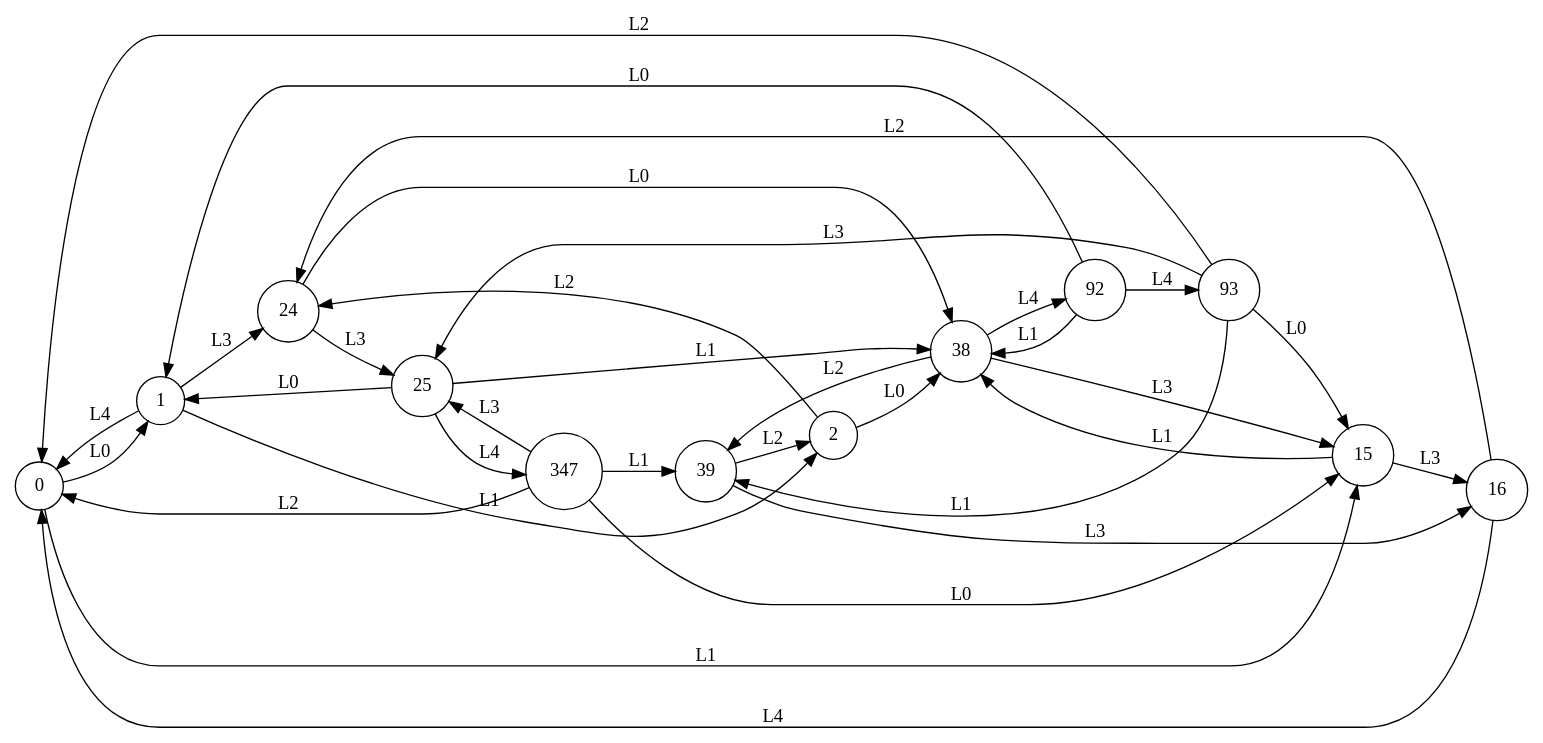
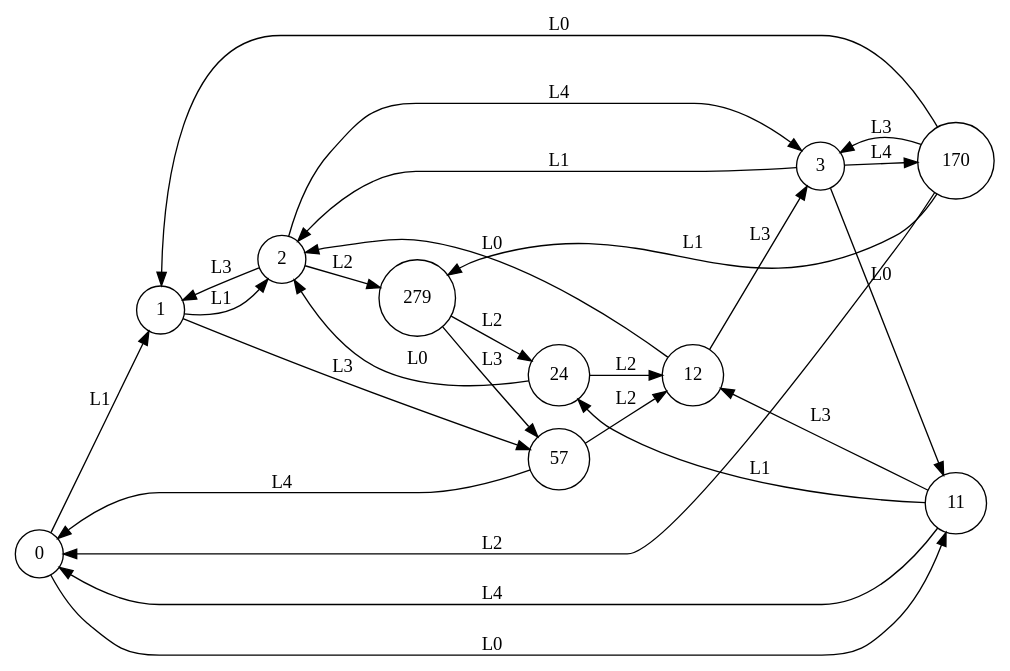
Before and after one commit to k85-ai/KB1: the diagram in learning_E0/learnt-automaton_10_2_5_0~7.dot, drawn with Graphviz. The commit also changed 808 other files, not shown here.

```diff
--- a/learning_E0/learnt-automaton_10_2_5_0~7.dot
+++ b/learning_E0/learnt-automaton_10_2_5_0~7.dot
@@ -1,47 +1,38 @@
 digraph learntMachine {
   rankdir=LR;
   0 [shape=circle, label="0"];
   1 [shape=circle, label="1"];
   2 [shape=circle, label="2"];
-  15 [shape=circle, label="15"];
-  16 [shape=circle, label="16"];
+  3 [shape=circle, label="3"];
+  11 [shape=circle, label="11"];
+  12 [shape=circle, label="12"];
   24 [shape=circle, label="24"];
-  25 [shape=circle, label="25"];
-  38 [shape=circle, label="38"];
-  39 [shape=circle, label="39"];
-  92 [shape=circle, label="92"];
-  93 [shape=circle, label="93"];
-  347 [shape=circle, label="347"];
-  0 -> 1 [label="L0"];
+  57 [shape=circle, label="57"];
+  170 [shape=circle, label="170"];
+  279 [shape=circle, label="279"];
+  0 -> 1 [label="L1"];
   1 -> 2 [label="L1"];
-  2 -> 24 [label="L2"];
-  0 -> 15 [label="L1"];
-  15 -> 16 [label="L3"];
-  16 -> 0 [label="L4"];
-  1 -> 24 [label="L3"];
-  24 -> 25 [label="L3"];
-  25 -> 38 [label="L1"];
-  15 -> 38 [label="L1"];
-  38 -> 39 [label="L2"];
-  39 -> 16 [label="L3"];
-  25 -> 1 [label="L0"];
-  24 -> 38 [label="L0"];
-  38 -> 92 [label="L4"];
-  92 -> 93 [label="L4"];
-  93 -> 0 [label="L2"];
-  1 -> 0 [label="L4"];
-  2 -> 38 [label="L0"];
-  16 -> 24 [label="L2"];
-  39 -> 2 [label="L2"];
-  38 -> 15 [label="L3"];
-  25 -> 347 [label="L4"];
-  347 -> 25 [label="L3"];
-  92 -> 1 [label="L0"];
-  347 -> 15 [label="L0"];
-  93 -> 25 [label="L3"];
-  347 -> 39 [label="L1"];
-  92 -> 38 [label="L1"];
-  347 -> 0 [label="L2"];
-  93 -> 39 [label="L1"];
-  93 -> 15 [label="L0"];
+  2 -> 3 [label="L4"];
+  3 -> 11 [label="L0"];
+  0 -> 11 [label="L0"];
+  11 -> 12 [label="L3"];
+  12 -> 3 [label="L3"];
+  11 -> 24 [label="L1"];
+  24 -> 2 [label="L0"];
+  12 -> 2 [label="L0"];
+  1 -> 57 [label="L3"];
+  57 -> 12 [label="L2"];
+  57 -> 0 [label="L4"];
+  24 -> 12 [label="L2"];
+  3 -> 170 [label="L4"];
+  170 -> 3 [label="L3"];
+  11 -> 0 [label="L4"];
+  3 -> 2 [label="L1"];
+  2 -> 1 [label="L3"];
+  2 -> 279 [label="L2"];
+  279 -> 57 [label="L3"];
+  279 -> 24 [label="L2"];
+  170 -> 0 [label="L2"];
+  170 -> 1 [label="L0"];
+  170 -> 279 [label="L1"];
 }
```
